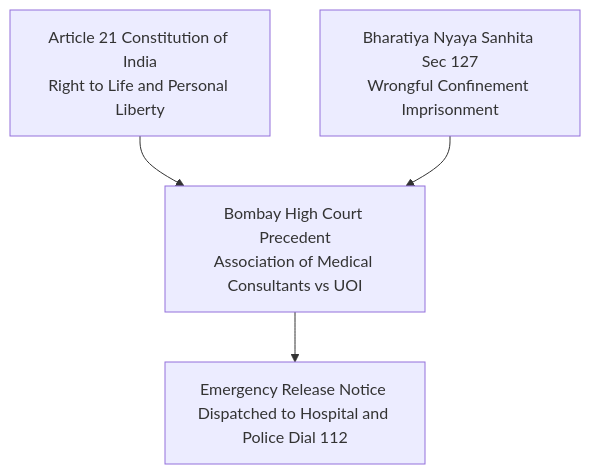
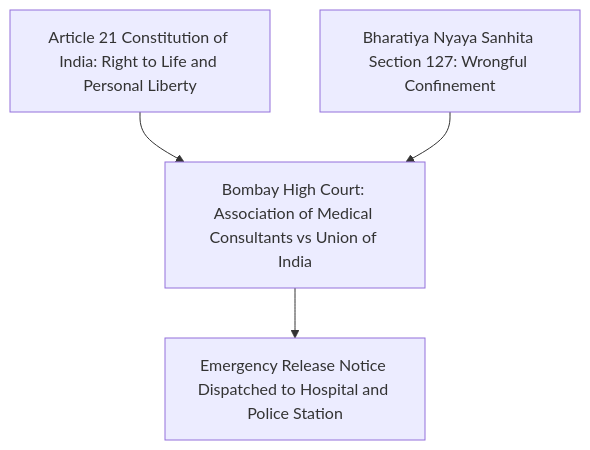
One commit to Harshil-18-byte/CuraVeris changed the second of 3 diagrams in docs/STATUTORY_FRAMEWORK.md. Above: the diagram before and after it, drawn with Mermaid. The commit also changed other lines of this file, not shown here.

Commit message:
Rewrite STATUTORY_FRAMEWORK.md: stripped frontmatter, reorganized with proper headings and legal citations

````diff
--- a/docs/STATUTORY_FRAMEWORK.md
+++ b/docs/STATUTORY_FRAMEWORK.md
@@ -82,7 +81,6 @@
 ```mermaid
 graph TD
-    Art21[Article 21 Constitution of India<br/>Right to Life and Personal Liberty] --> LegalPrecedent
-    BNS127[Bharatiya Nyaya Sanhita Sec 127<br/>Wrongful Confinement Imprisonment] --> LegalPrecedent
-    LegalPrecedent[Bombay High Court Precedent<br/>Association of Medical Consultants vs UOI] --> Enforcement[Emergency Release Notice Dispatched to Hospital and Police Dial 112]
-
+  Art21[Article 21 Constitution of India: Right to Life and Personal Liberty] --> LegalPrecedent
+  BNS127[Bharatiya Nyaya Sanhita Section 127: Wrongful Confinement] --> LegalPrecedent
+  LegalPrecedent[Bombay High Court: Association of Medical Consultants vs Union of India] --> Enforcement[Emergency Release Notice Dispatched to Hospital and Police Station]
 ```
````
